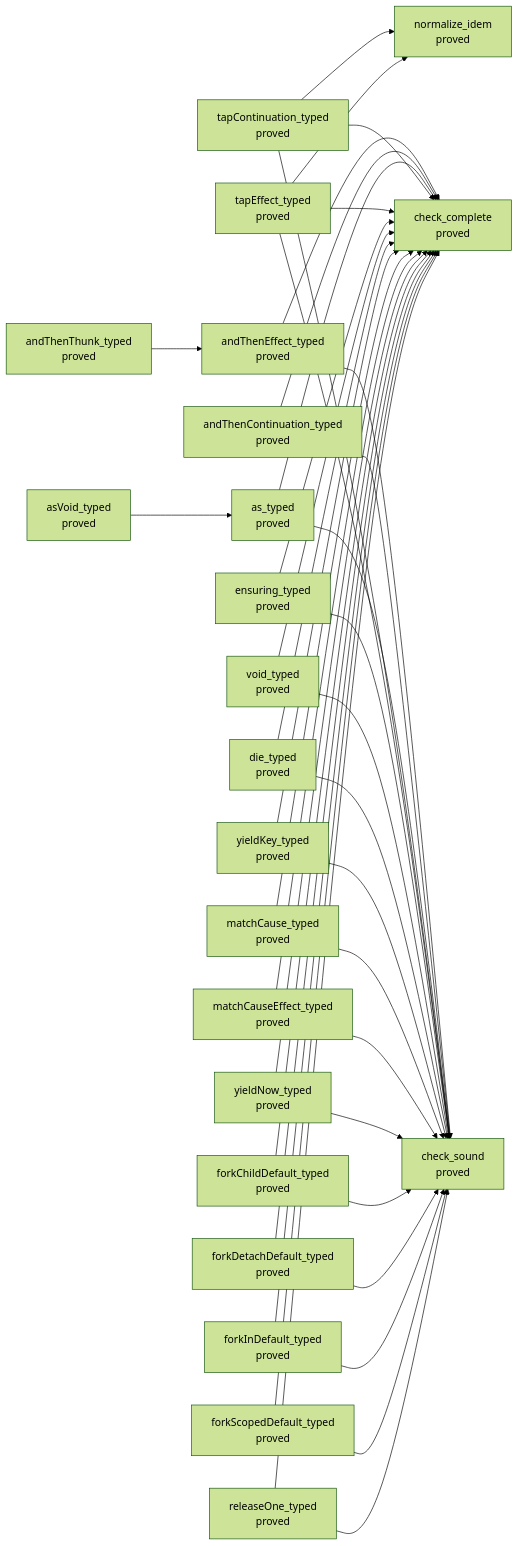
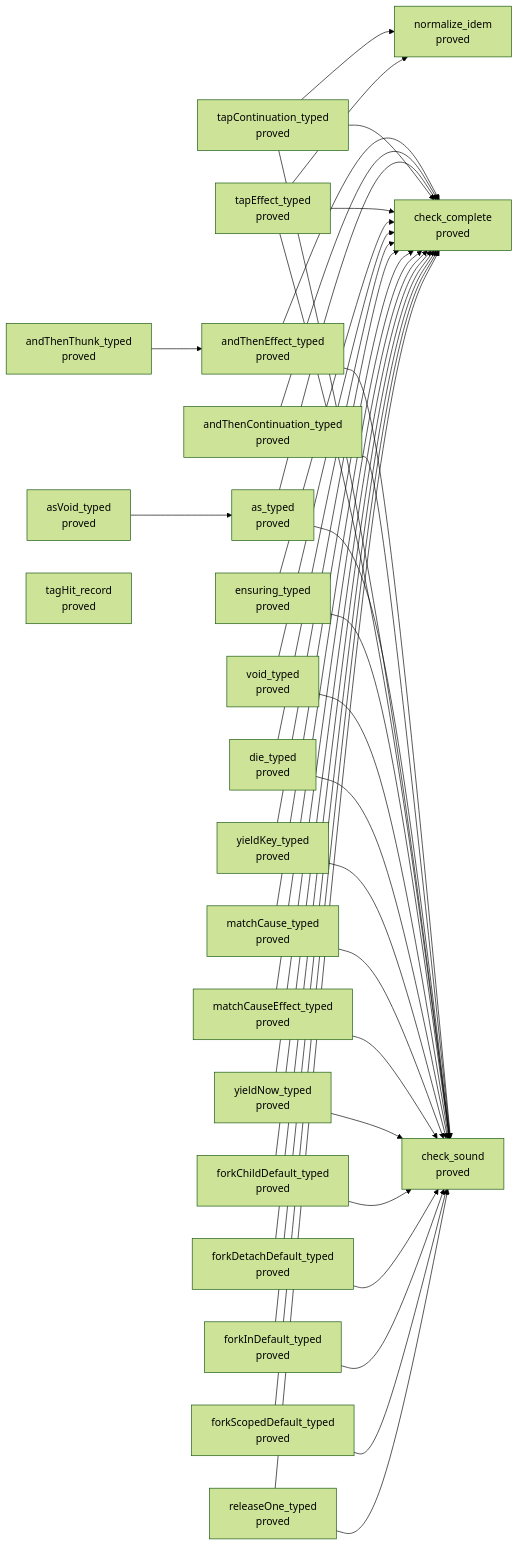
One commit to pure-algebra/lean4-effect4 changed the tenth of 13 diagrams in generated/semantics.md. Above: the diagram before and after it, drawn with Mermaid (forest theme). The commit also changed other lines of this file and 3 other files, not shown here.

````diff
--- a/generated/semantics.md
+++ b/generated/semantics.md
@@ -2424,63 +2496,64 @@
 ```mermaid
 flowchart LR
   n0["andThenEffect_typed<br/>proved"]
   n1["andThenContinuation_typed<br/>proved"]
   n2["andThenThunk_typed<br/>proved"]
   n3["as_typed<br/>proved"]
   n4["asVoid_typed<br/>proved"]
   n5["tapContinuation_typed<br/>proved"]
   n6["tapEffect_typed<br/>proved"]
   n7["ensuring_typed<br/>proved"]
   n8["void_typed<br/>proved"]
   n9["die_typed<br/>proved"]
   n10["yieldKey_typed<br/>proved"]
   n11["matchCause_typed<br/>proved"]
   n12["matchCauseEffect_typed<br/>proved"]
   n13["yieldNow_typed<br/>proved"]
   n14["forkChildDefault_typed<br/>proved"]
   n15["forkDetachDefault_typed<br/>proved"]
   n16["forkInDefault_typed<br/>proved"]
   n17["forkScopedDefault_typed<br/>proved"]
   n18["releaseOne_typed<br/>proved"]
-  n19["check_sound<br/>proved"]
-  n20["check_complete<br/>proved"]
-  n21["normalize_idem<br/>proved"]
-  n0 --> n19
+  n19["tagHit_record<br/>proved"]
+  n20["check_sound<br/>proved"]
+  n21["check_complete<br/>proved"]
+  n22["normalize_idem<br/>proved"]
   n0 --> n20
-  n1 --> n19
+  n0 --> n21
   n1 --> n20
+  n1 --> n21
   n2 --> n0
-  n3 --> n19
   n3 --> n20
+  n3 --> n21
   n4 --> n3
+  n5 --> n22
+  n5 --> n20
   n5 --> n21
-  n5 --> n19
-  n5 --> n20
+  n6 --> n22
+  n6 --> n20
   n6 --> n21
-  n6 --> n19
-  n6 --> n20
-  n7 --> n19
   n7 --> n20
+  n7 --> n21
+  n8 --> n21
   n8 --> n20
-  n8 --> n19
+  n9 --> n21
   n9 --> n20
-  n9 --> n19
+  n10 --> n21
   n10 --> n20
-  n10 --> n19
-  n11 --> n19
   n11 --> n20
-  n12 --> n19
+  n11 --> n21
   n12 --> n20
+  n12 --> n21
+  n13 --> n21
   n13 --> n20
-  n13 --> n19
-  n14 --> n19
   n14 --> n20
-  n15 --> n19
+  n14 --> n21
   n15 --> n20
-  n16 --> n19
+  n15 --> n21
   n16 --> n20
-  n17 --> n19
+  n16 --> n21
   n17 --> n20
-  n18 --> n19
+  n17 --> n21
   n18 --> n20
+  n18 --> n21
 ```
````
